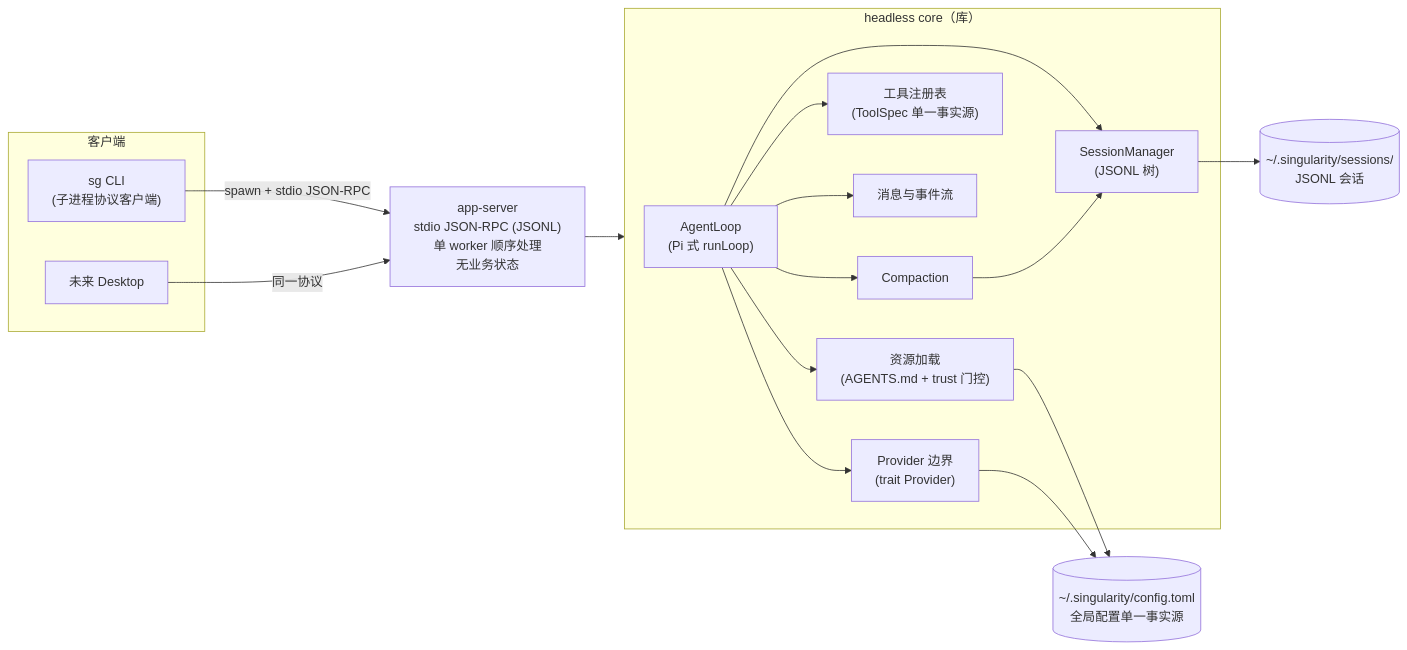
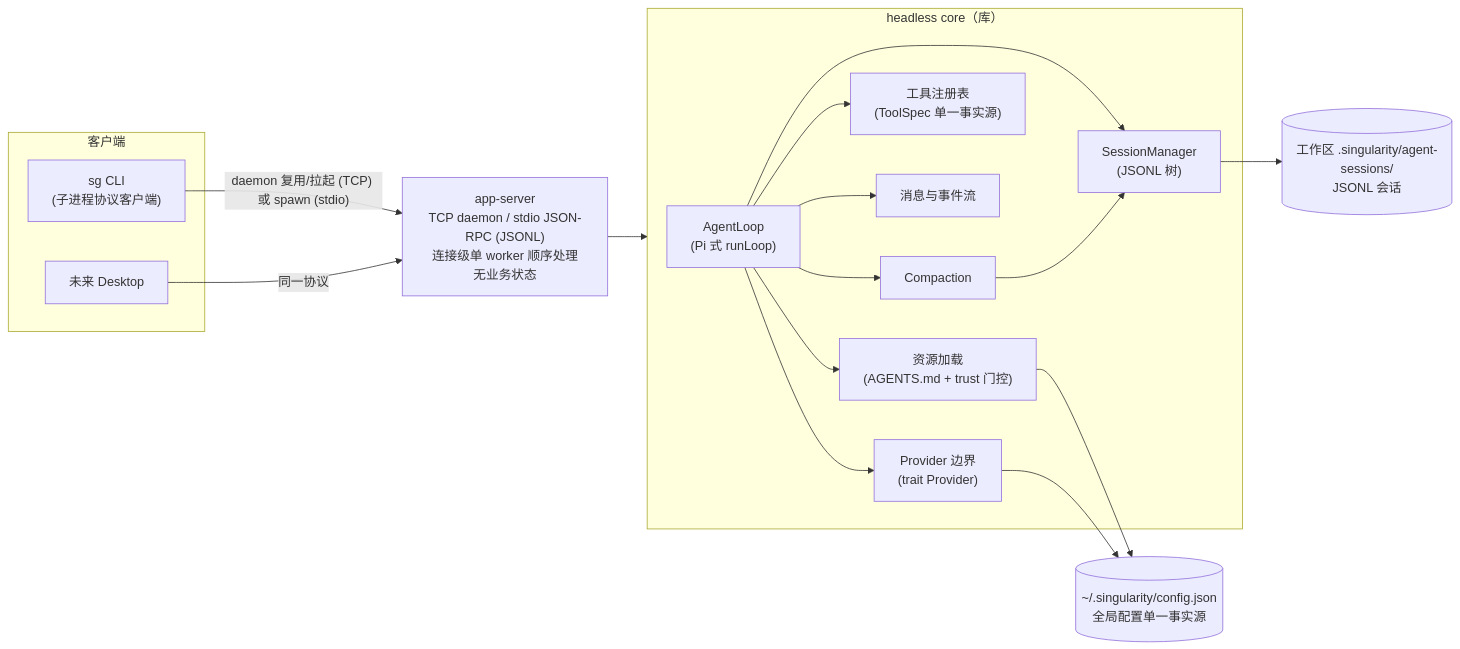
One commit to qjcnmd/singularity-agent changed the first of 8 diagrams in docs/singularity.md. Above: the diagram before and after it, drawn with Mermaid. The commit also changed other lines of this file and 2 other files, not shown here.

````diff
--- a/docs/singularity.md
+++ b/docs/singularity.md
@@ -17,32 +18,32 @@
 ```mermaid
 flowchart LR
     subgraph Client["客户端"]
         CLI["sg CLI<br/>(子进程协议客户端)"]
         Dsk["未来 Desktop"]
     end
-    Svr["app-server<br/>stdio JSON-RPC (JSONL)<br/>单 worker 顺序处理<br/>无业务状态"]
+    Svr["app-server<br/>TCP daemon / stdio JSON-RPC (JSONL)<br/>连接级单 worker 顺序处理<br/>无业务状态"]
     subgraph Core["headless core（库）"]
         Loop["AgentLoop<br/>(Pi 式 runLoop)"]
         SM["SessionManager<br/>(JSONL 树)"]
         CP["Compaction"]
         TR["工具注册表<br/>(ToolSpec 单一事实源)"]
         EV["消息与事件流"]
         RL["资源加载<br/>(AGENTS.md + trust 门控)"]
         PV["Provider 边界<br/>(trait Provider)"]
     end
-    CFG[("~/.singularity/config.toml<br/>全局配置单一事实源")]
-    SES[("~/.singularity/sessions/<br/>JSONL 会话")]
-    CLI -->|"spawn + stdio JSON-RPC"| Svr
+    CFG[("~/.singularity/config.json<br/>全局配置单一事实源")]
+    SES[("工作区 .singularity/agent-sessions/<br/>JSONL 会话")]
+    CLI -->|"daemon 复用/拉起 (TCP) 或 spawn (stdio)"| Svr
     Dsk -->|"同一协议"| Svr
     Svr --> Core
     Loop --> SM
     Loop --> CP
     Loop --> TR
     Loop --> EV
     Loop --> RL
     Loop --> PV
     CP --> SM
     SM --> SES
     RL --> CFG
     PV --> CFG
 ```
````
